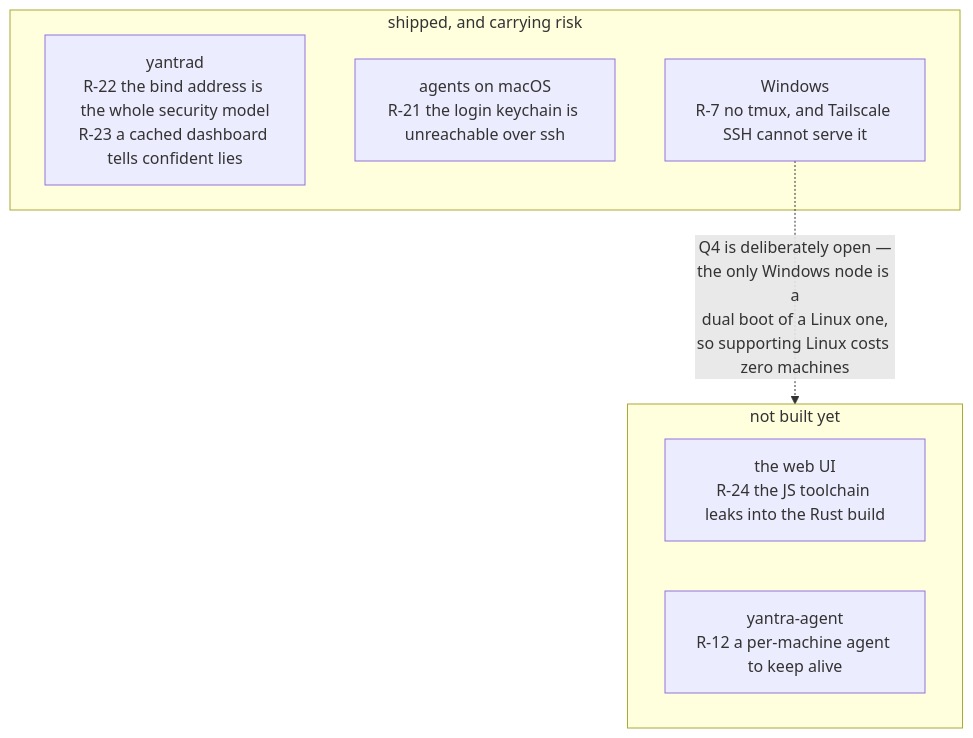
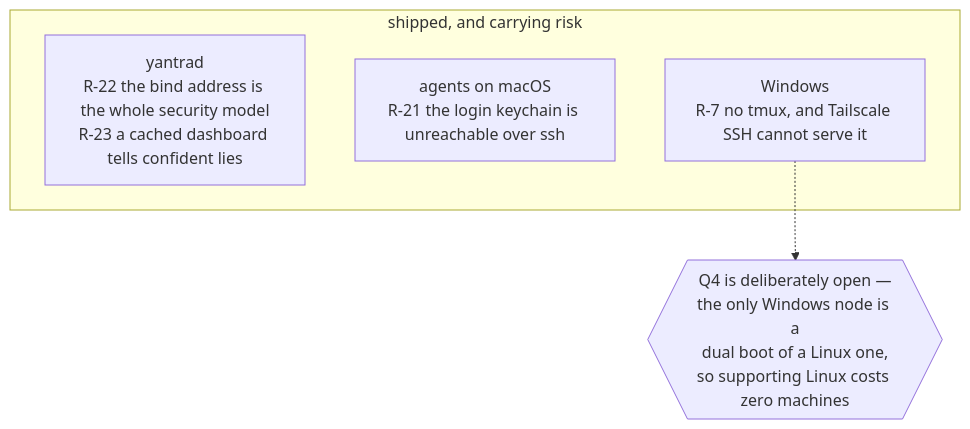
The fifth of 7 diagrams in docs/architecture.md (2002Bishwajeet/yantra), drawn with Mermaid before and after one commit. The commit also changed other lines of this file and 3 other files, not shown here.

First line of the commit message:
Y-153: sweep the architecture document, and make a milestone close own the sweep (#181)

````diff
--- a/docs/architecture.md
+++ b/docs/architecture.md
@@ -188,13 +189,10 @@
 ```mermaid
 flowchart TB
     subgraph now["shipped, and carrying risk"]
         d["yantrad<br/>R-22 the bind address is the whole security model<br/>R-23 a cached dashboard tells confident lies"]
         a["agents on macOS<br/>R-21 the login keychain is unreachable over ssh"]
         w["Windows<br/>R-7 no tmux, and Tailscale SSH cannot serve it"]
     end
-    subgraph later["not built yet"]
-        ui["the web UI<br/>R-24 the JS toolchain leaks into the Rust build"]
-        ag["yantra-agent<br/>R-12 a per-machine agent to keep alive"]
-    end
-    w -.->|"Q4 is deliberately open —<br/>the only Windows node is a<br/>dual boot of a Linux one,<br/>so supporting Linux costs zero machines"| later
+    q{{"Q4 is deliberately open —<br/>the only Windows node is a<br/>dual boot of a Linux one,<br/>so supporting Linux costs zero machines"}}
+    w -.-> q
 ```
````
